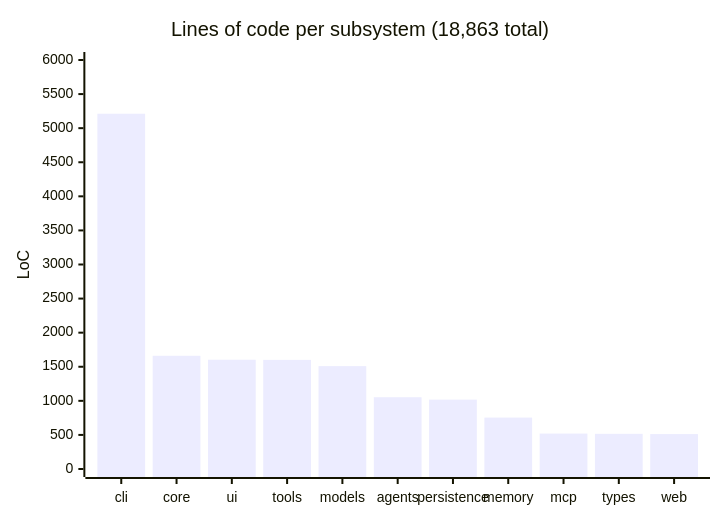
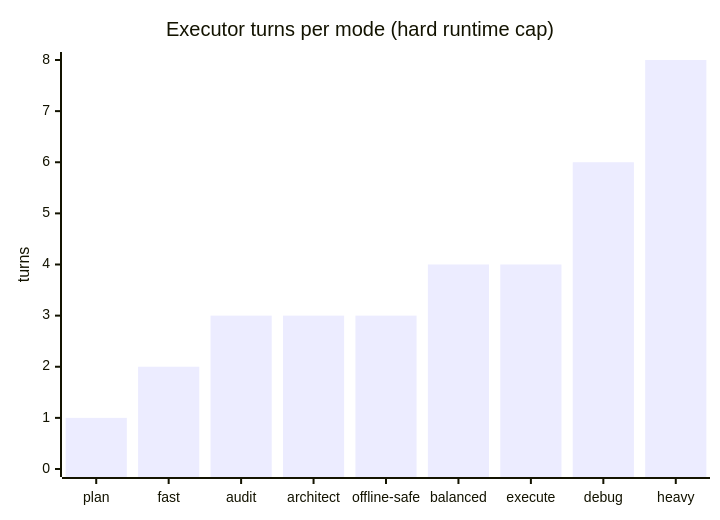
One commit to hoangsonww/Forge-Agentic-Coding-CLI changed diagram 14 of 14 in README.md. Above: the diagram before and after it, drawn with Mermaid. The commit also changed other lines of this file and 3 other files, not shown here.

````diff
--- a/README.md
+++ b/README.md
@@ -838,7 +836,7 @@
 ```mermaid
 xychart-beta
-  title "Lines of code per subsystem (18,863 total)"
-  x-axis ["cli", "core", "ui", "tools", "models", "agents", "persistence", "memory", "mcp", "types", "web"]
-  y-axis "LoC" 0 --> 6000
-  bar [5212, 1661, 1603, 1601, 1509, 1053, 1018, 754, 520, 516, 512]
+  title "Executor turns per mode (hard runtime cap)"
+  x-axis ["plan", "fast", "audit", "architect", "offline-safe", "balanced", "execute", "debug", "heavy"]
+  y-axis "turns" 0 --> 8
+  bar [1, 2, 3, 3, 3, 4, 4, 6, 8]
 ```
````
